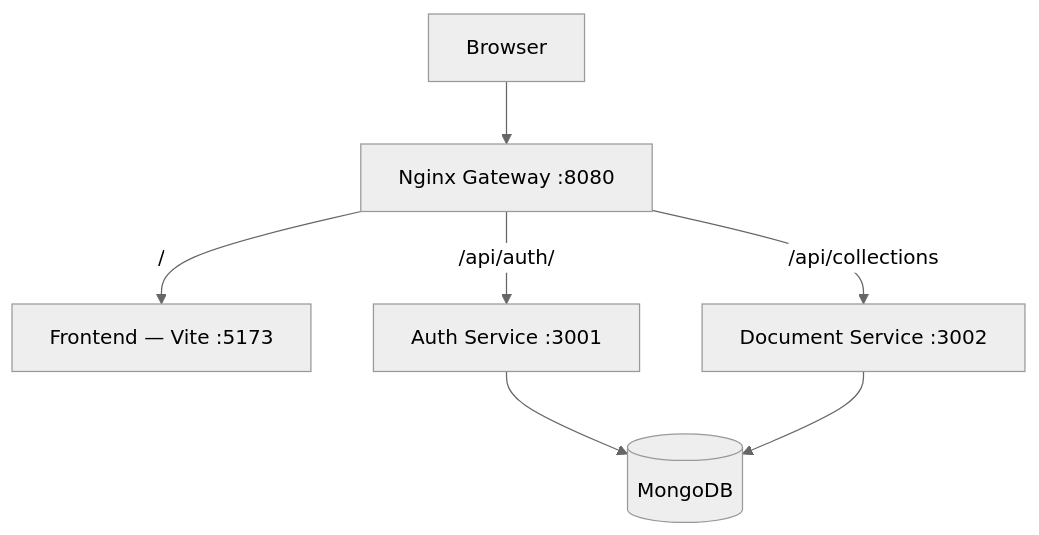
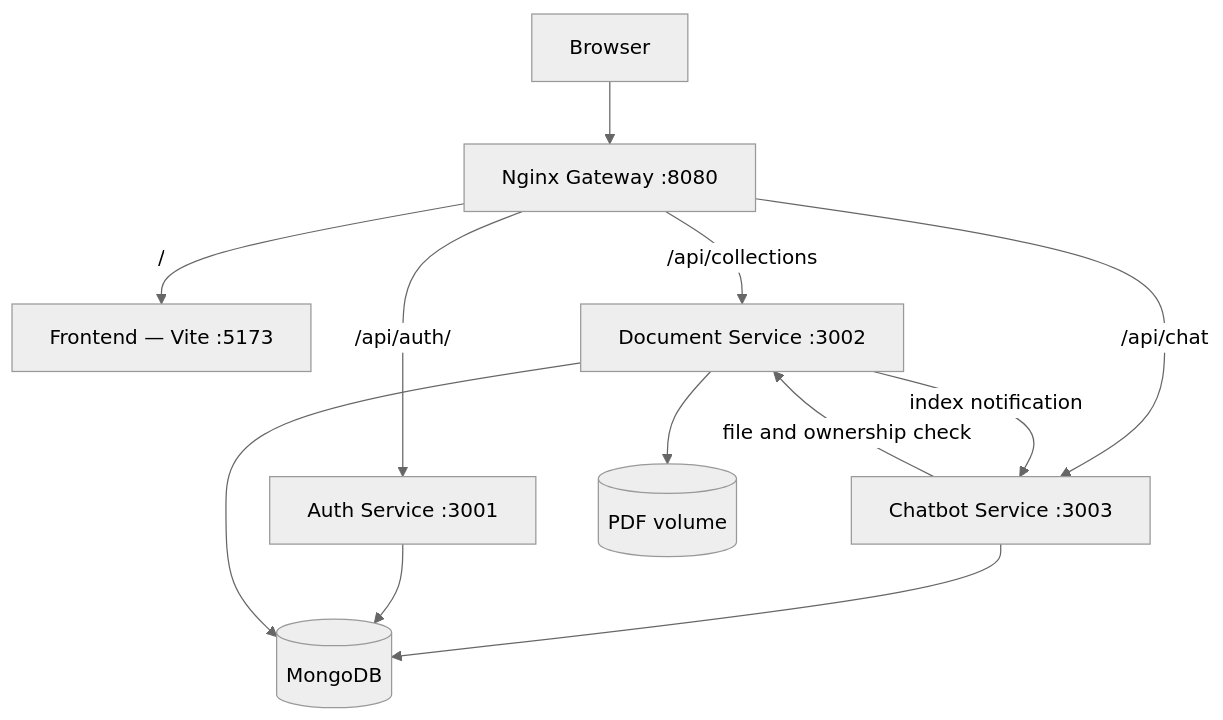
Before and after one commit to mar1-hh/DocMInd: the diagram in README.md, drawn with Mermaid (neutral theme). The commit also changed other lines of this file and 90 other files, not shown here.

Commit message:
Add collection PDF management and cited chat with a responsive reading workspace

````diff
--- a/README.md
+++ b/README.md
@@ -53,9 +46,14 @@
 ```mermaid
 flowchart TD
     Browser["Browser"] --> Gateway["Nginx Gateway :8080"]
     Gateway -->|"/"| Frontend["Frontend — Vite :5173"]
     Gateway -->|"/api/auth/"| Auth["Auth Service :3001"]
     Gateway -->|"/api/collections"| Documents["Document Service :3002"]
+    Gateway -->|"/api/chat"| Chat["Chatbot Service :3003"]
+    Documents -->|index notification| Chat
+    Chat -->|file and ownership check| Documents
+    Chat --> Mongo
     Auth --> Mongo[("MongoDB")]
     Documents --> Mongo
+    Documents --> PDFs[("PDF volume")]
 ```
````
